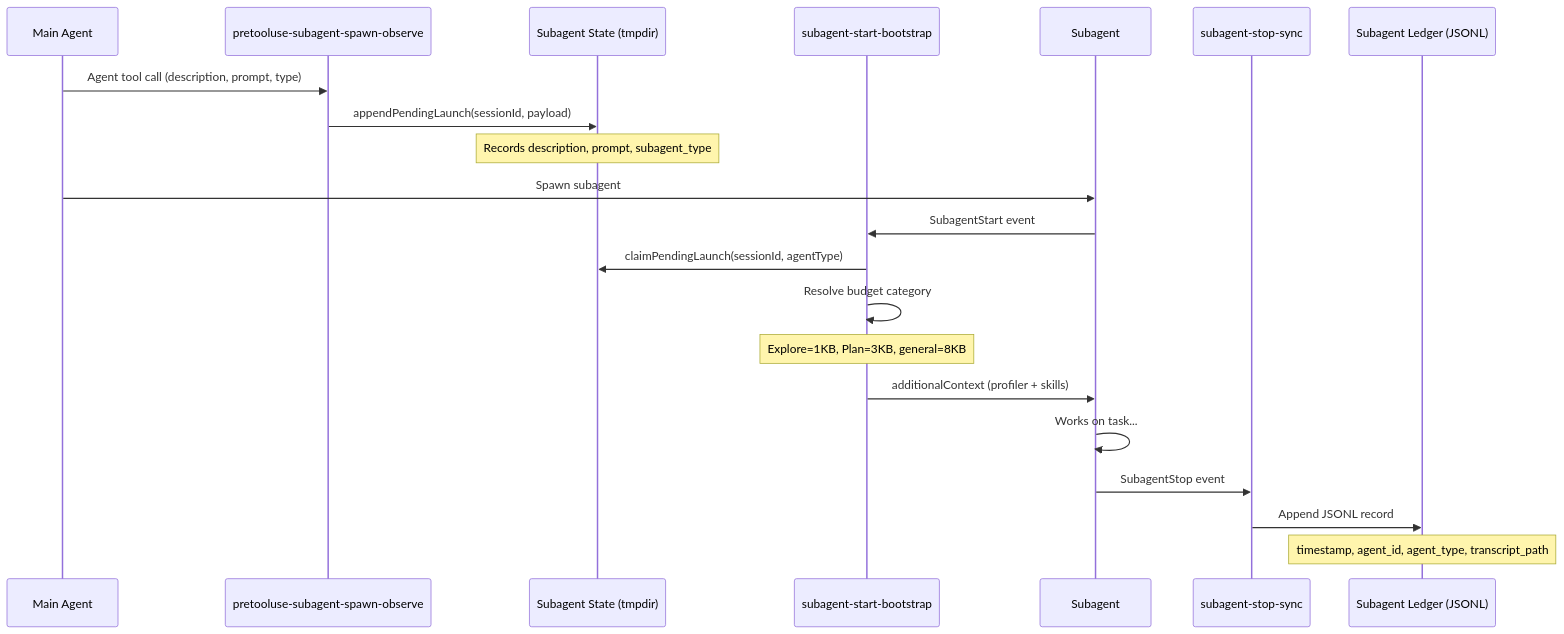
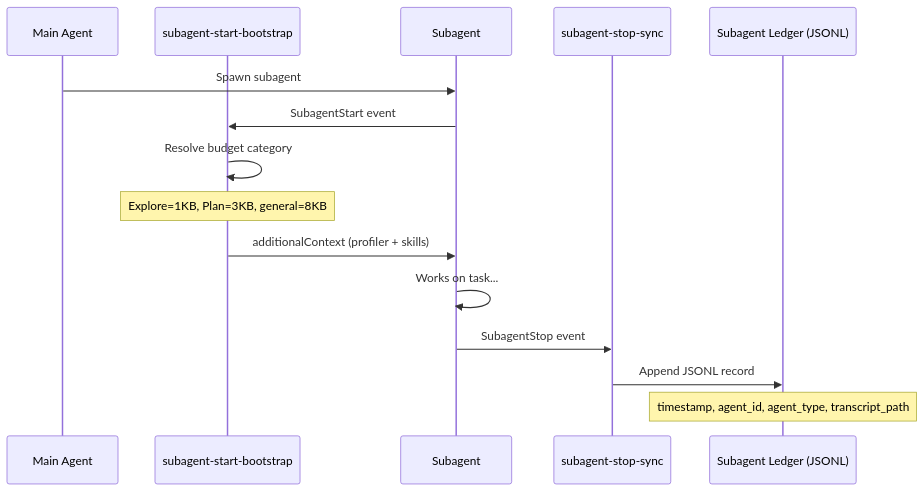
The fifth of 7 diagrams in docs/architecture.md (vercel-labs/vercel-plugin), drawn with Mermaid before and after one commit. The commit also changed other lines of this file and 21 other files, not shown here.

Commit message:
removing subagent-spawn-observe

````diff
--- a/docs/architecture.md
+++ b/docs/architecture.md
@@ -283,27 +281,20 @@
 ```mermaid
 sequenceDiagram
     participant Main as Main Agent
-    participant PreTool as pretooluse-subagent-spawn-observe
-    participant State as Subagent State (tmpdir)
     participant Bootstrap as subagent-start-bootstrap
     participant Sub as Subagent
     participant Sync as subagent-stop-sync
     participant Ledger as Subagent Ledger (JSONL)
 
-    Main->>PreTool: Agent tool call (description, prompt, type)
-    PreTool->>State: appendPendingLaunch(sessionId, payload)
-    Note over State: Records description, prompt, subagent_type
-
     Main->>Sub: Spawn subagent
     Sub->>Bootstrap: SubagentStart event
-    Bootstrap->>State: claimPendingLaunch(sessionId, agentType)
     Bootstrap->>Bootstrap: Resolve budget category
     Note over Bootstrap: Explore=1KB, Plan=3KB, general=8KB
     Bootstrap->>Sub: additionalContext (profiler + skills)
 
     Sub->>Sub: Works on task...
 
     Sub->>Sync: SubagentStop event
     Sync->>Ledger: Append JSONL record
     Note over Ledger: timestamp, agent_id, agent_type, transcript_path
 ```
````
